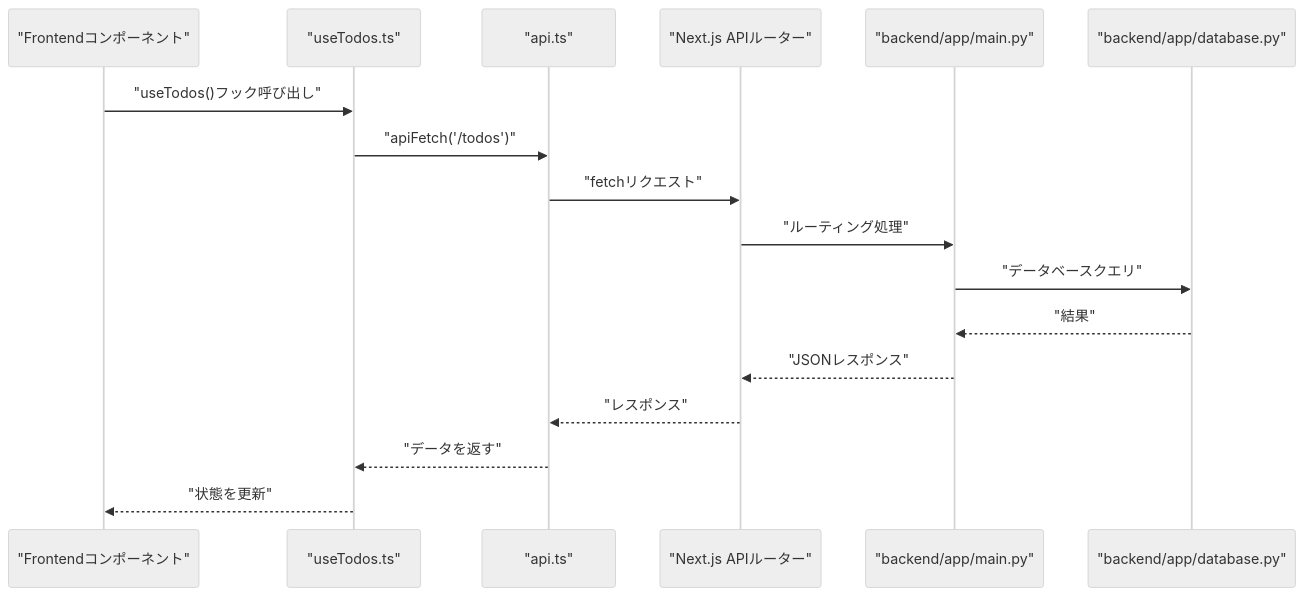
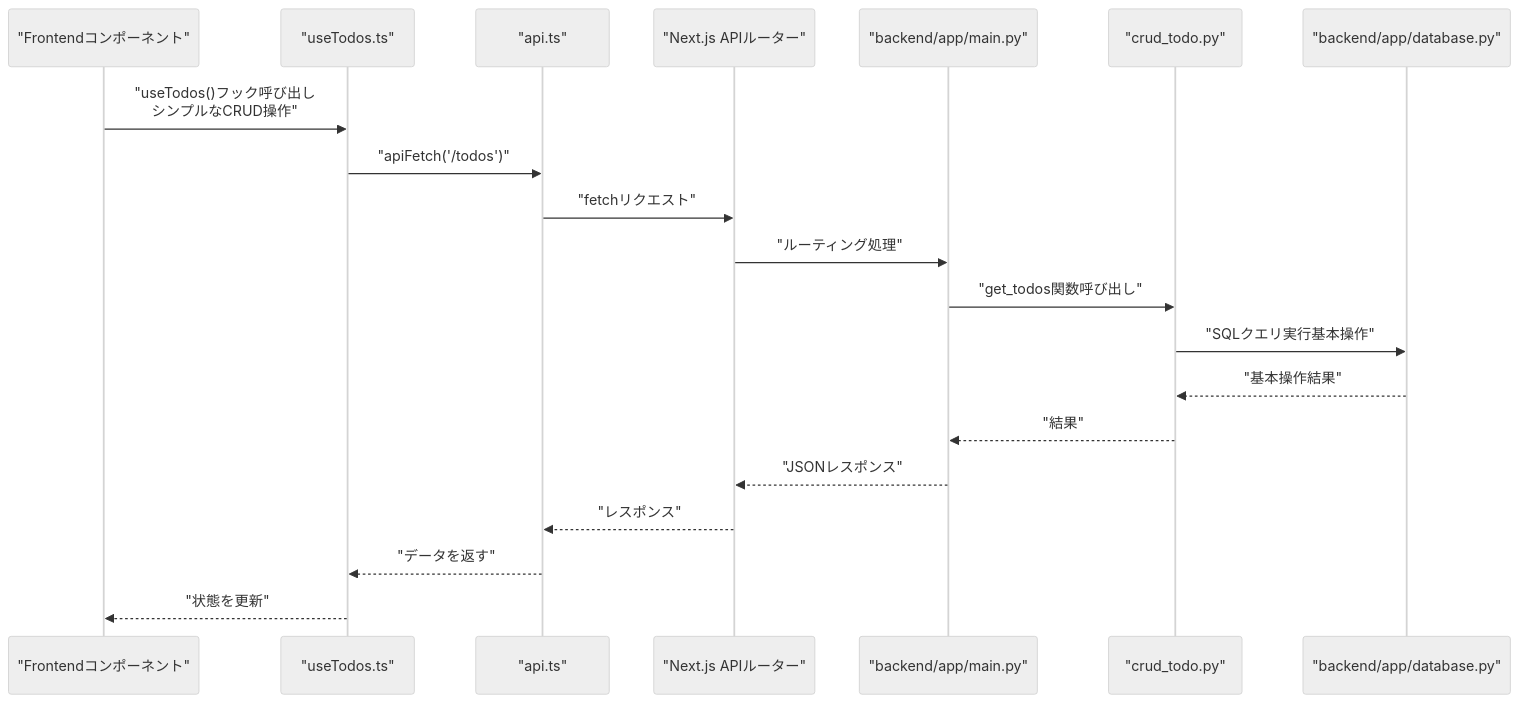
Before and after one commit to ss8806/Todos: the fourth of 5 diagrams in .qoder/repowiki/ja/content/アーキテクチャ/フロントエンドアーキテクチャ.md, drawn with Mermaid (neutral theme). The commit also changed other lines of this file and 17 other files, not shown here.

````diff
--- a/.qoder/repowiki/ja/content/アーキテクチャ/フロントエンドアーキテクチャ.md
+++ b/.qoder/repowiki/ja/content/アーキテクチャ/フロントエンドアーキテクチャ.md
@@ -274,19 +325,22 @@
 ```mermaid
 sequenceDiagram
 participant Client as "Frontendコンポーネント"
 participant Hooks as "useTodos.ts"
 participant API as "api.ts"
 participant Next as "Next.js APIルーター"
 participant FastAPI as "backend/app/main.py"
+participant CRUD as "crud_todo.py"
 participant DB as "backend/app/database.py"
-Client->>Hooks : "useTodos()フック呼び出し"
+Client->>Hooks : "useTodos()フック呼び出し<br/>シンプルなCRUD操作"
 Hooks->>API : "apiFetch('/todos')"
 API->>Next : "fetchリクエスト"
 Next->>FastAPI : "ルーティング処理"
-FastAPI->>DB : "データベースクエリ"
-DB-->>FastAPI : "結果"
+FastAPI->>CRUD : "get_todos関数呼び出し"
+CRUD->>DB : "SQLクエリ実行基本操作"
+DB-->>CRUD : "基本操作結果"
+CRUD-->>FastAPI : "結果"
 FastAPI-->>Next : "JSONレスポンス"
 Next-->>API : "レスポンス"
 API-->>Hooks : "データを返す"
 Hooks-->>Client : "状態を更新"
 ```
````
